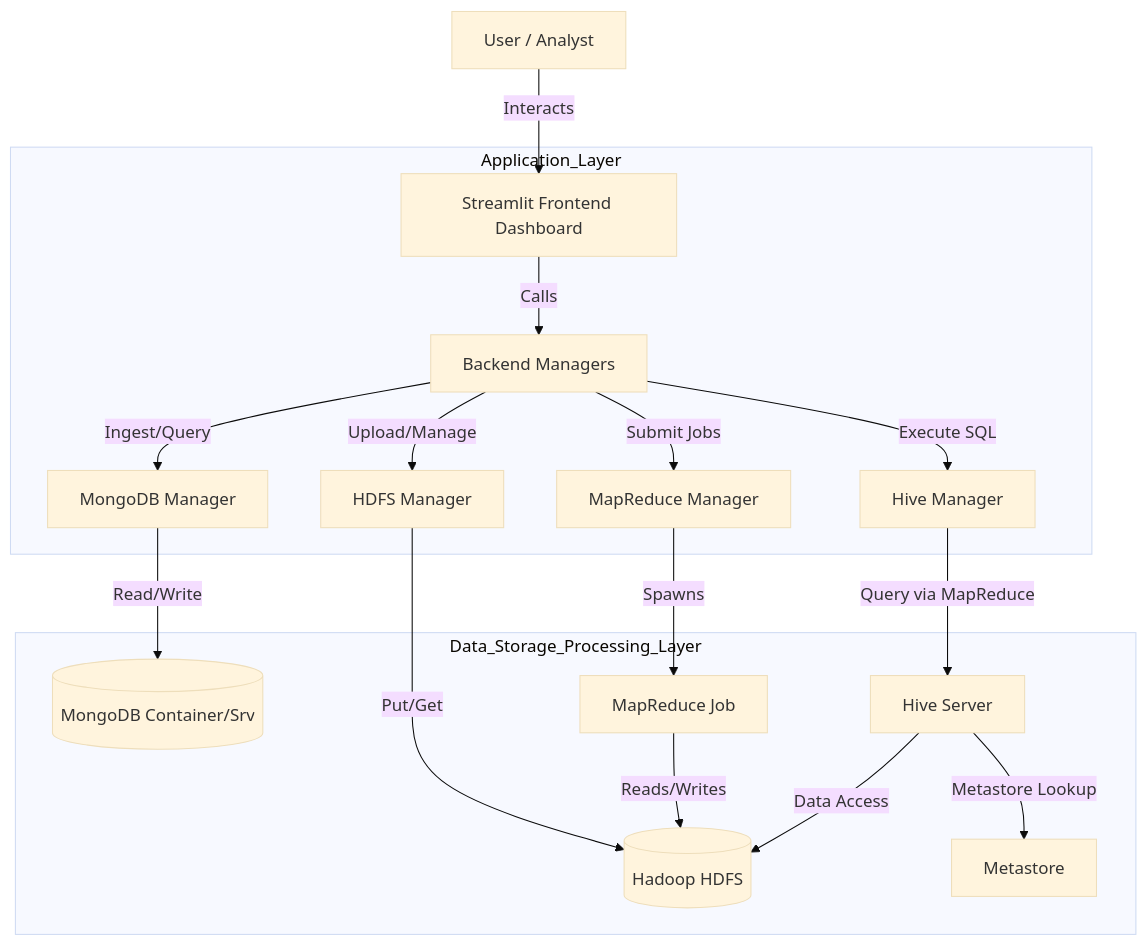
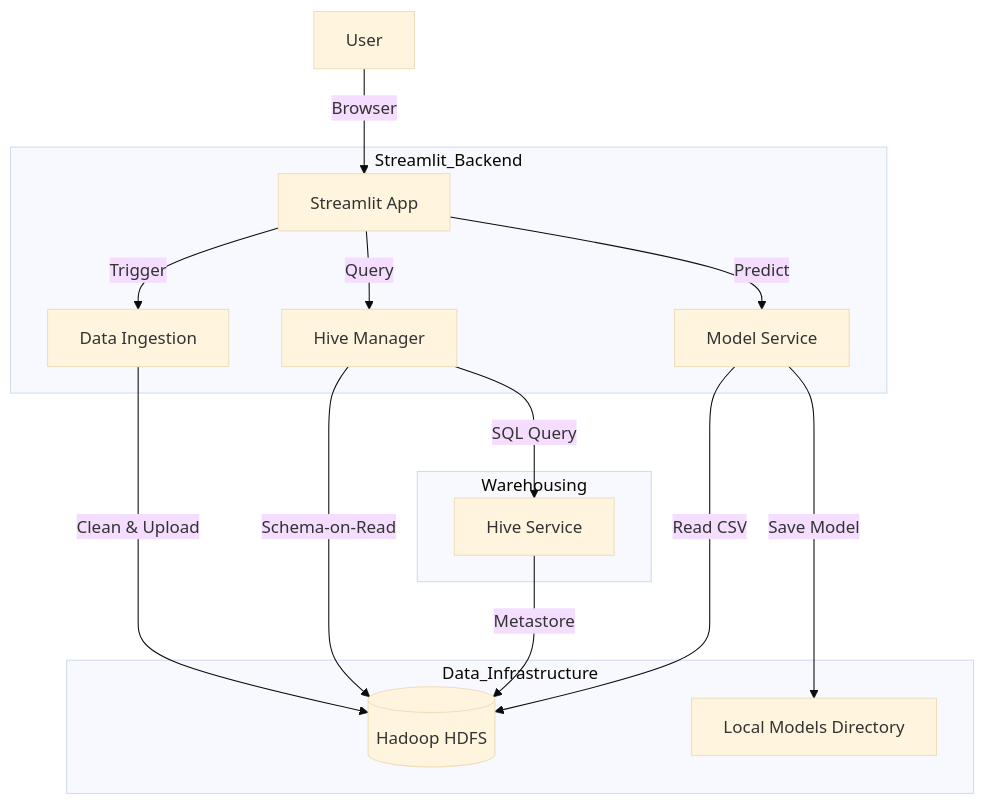
Before and after one commit to abhaypatil-code/NASA-Turbojet-BigData-Analysis-HDFS-Hive: the diagram in architecture.md, drawn with Mermaid (base theme). The commit also changed other lines of this file and 6 other files, not shown here.

````diff
--- a/architecture.md
+++ b/architecture.md
@@ -11,24 +15,22 @@
 ```mermaid
 graph TD
-    User[User / Analyst] -->|Interacts| UI[Streamlit Frontend Dashboard]
+    User[User] -->|Browser| UI[Streamlit App]
     
-    subgraph Application_Layer
-        UI -->|Calls| Backend[Backend Managers]
-        Backend -->|Ingest/Query| MongoMgr[MongoDB Manager]
-        Backend -->|Upload/Manage| HDFSMgr[HDFS Manager]
-        Backend -->|Submit Jobs| MRMgr[MapReduce Manager]
-        Backend -->|Execute SQL| HiveMgr[Hive Manager]
+    subgraph Streamlit_Backend
+        UI -->|Trigger| Ingest[Data Ingestion]
+        UI -->|Query| HiveMgr[Hive Manager]
+        UI -->|Predict| ML[Model Service]
     end
     
-    subgraph Data_Storage_Processing_Layer
-        MongoMgr -->|Read/Write| MongoDB[(MongoDB Container/Srv)]
-        HDFSMgr -->|Put/Get| HDFS[(Hadoop HDFS)]
-        
-        MRMgr -->|Spawns| MRJob[MapReduce Job]
-        MRJob -->|Reads/Writes| HDFS
-        
-        HiveMgr -->|Query via MapReduce| Hive[Hive Server]
-        Hive -->|Metastore Lookup| HiveMeta[Metastore]
-        Hive -->|Data Access| HDFS
+    subgraph Data_Infrastructure
+        Ingest -->|Clean & Upload| HDFS[(Hadoop HDFS)]
+        HiveMgr -->|Schema-on-Read| HDFS
+        ML -->|Read CSV| HDFS
+        ML -->|Save Model| LocalDisk[Local Models Directory]
+    end
+    
+    subgraph Warehousing
+        HiveMgr -->|SQL Query| HiveServer[Hive Service]
+        HiveServer -->|Metastore| HDFS
     end
 ```
````
